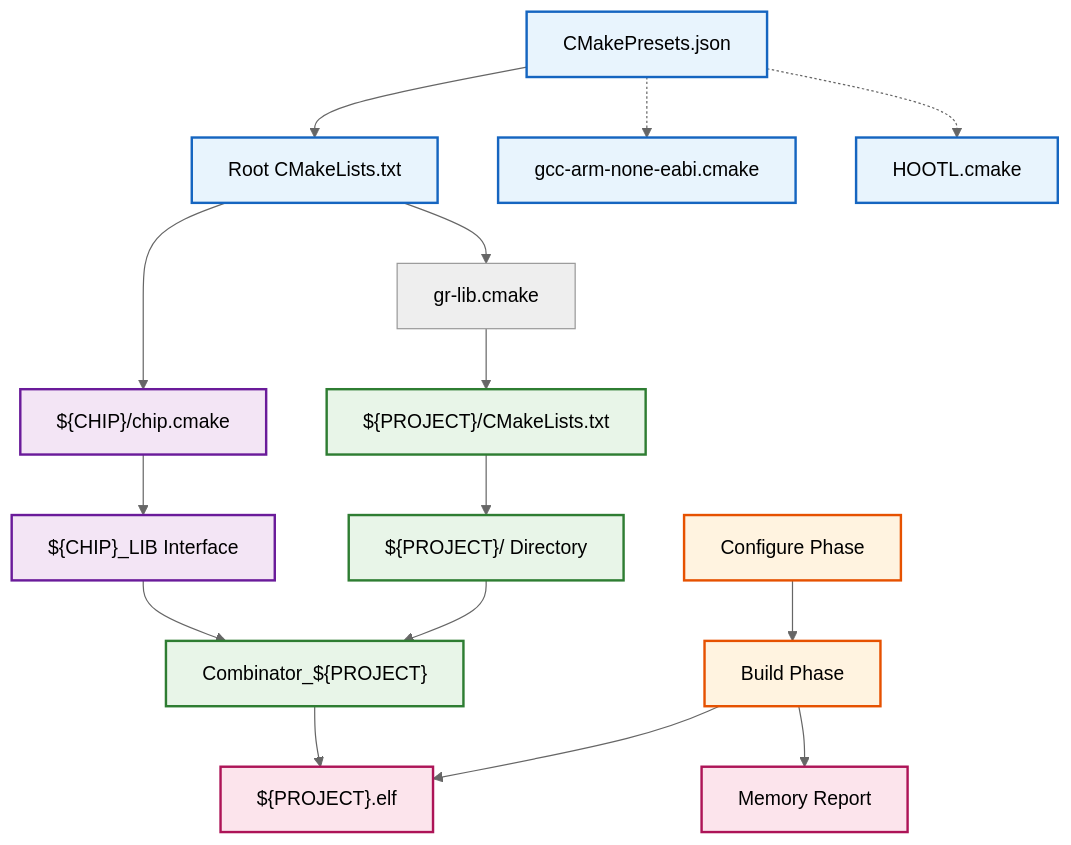
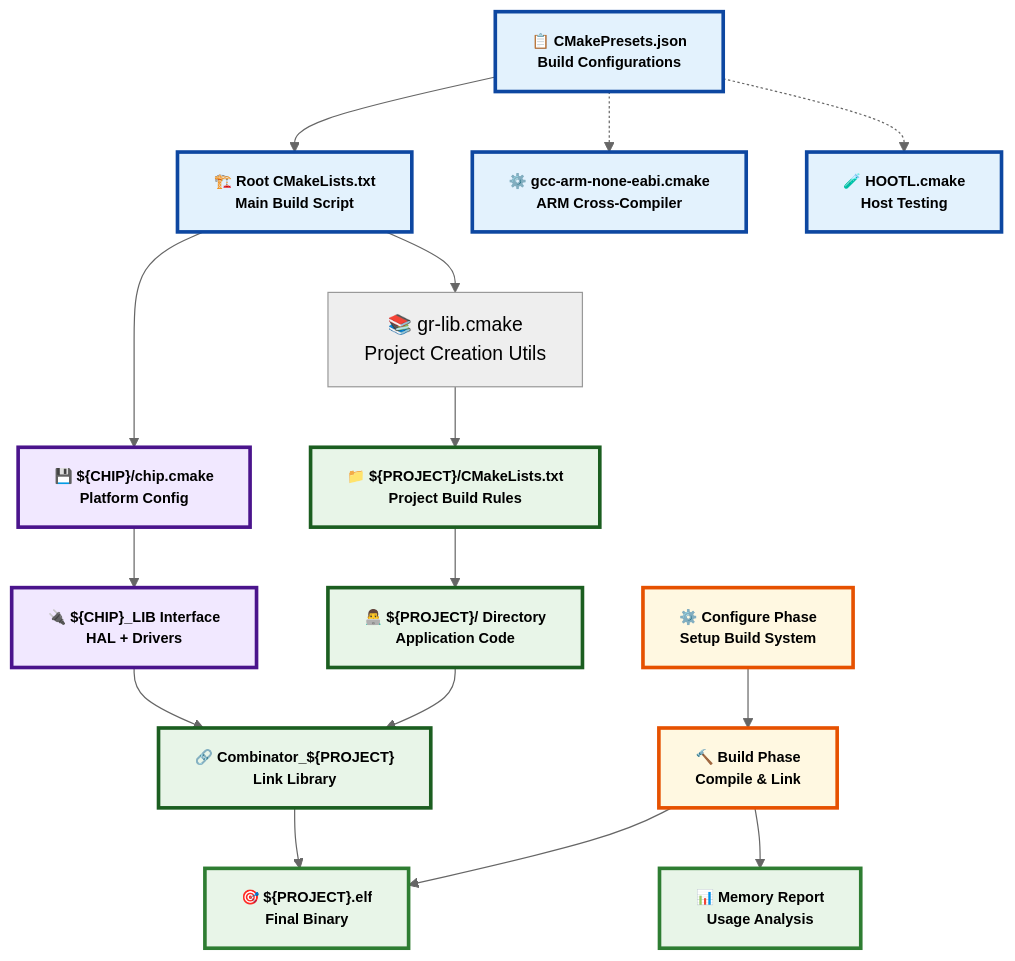
The diagram in CMAKE.md (Gaucho-Racing/Firmware), drawn with Mermaid (neutral theme) before and after one commit. The commit also changed other lines of this file, not shown here.

Commit message:
Eigth iteration of CMAKE.md

````diff
--- a/CMAKE.md
+++ b/CMAKE.md
@@ -44,41 +44,41 @@
 ```mermaid
 flowchart TD
     %% Configuration Layer
-    Presets["CMakePresets.json"] --> Root["Root CMakeLists.txt"]
-    Presets -.-> Toolchain1["gcc-arm-none-eabi.cmake"]
-    Presets -.-> Toolchain2["HOOTL.cmake"]
+    Presets["📋 CMakePresets.json<br/>Build Configurations"] --> Root["🏗️ Root CMakeLists.txt<br/>Main Build Script"]
+    Presets -.-> Toolchain1["⚙️ gcc-arm-none-eabi.cmake<br/>ARM Cross-Compiler"]
+    Presets -.-> Toolchain2["🧪 HOOTL.cmake<br/>Host Testing"]
     
     %% Core Flow
-    Root --> GRLib["gr-lib.cmake"]
-    Root --> ChipConfig["${CHIP}/chip.cmake"]
+    Root --> GRLib["📚 gr-lib.cmake<br/>Project Creation Utils"]
+    Root --> ChipConfig["💾 ${CHIP}/chip.cmake<br/>Platform Config"]
     
     %% Platform & Project
-    GRLib --> ProjectCMake["${PROJECT}/CMakeLists.txt"]
-    ChipConfig --> PlatformLib["${CHIP}_LIB Interface"]
+    GRLib --> ProjectCMake["📁 ${PROJECT}/CMakeLists.txt<br/>Project Build Rules"]
+    ChipConfig --> PlatformLib["🔌 ${CHIP}_LIB Interface<br/>HAL + Drivers"]
     
     %% Linking
-    ProjectCMake --> UserCode["${PROJECT}/ Directory"]
-    PlatformLib --> Combinator["Combinator_${PROJECT}"]
+    ProjectCMake --> UserCode["👨‍💻 ${PROJECT}/ Directory<br/>Application Code"]
+    PlatformLib --> Combinator["🔗 Combinator_${PROJECT}<br/>Link Library"]
     UserCode --> Combinator
     
     %% Output
-    Combinator --> Executable["${PROJECT}.elf"]
+    Combinator --> Executable["🎯 ${PROJECT}.elf<br/>Final Binary"]
     
     %% Build Process
-    Configure["Configure Phase"] --> Build["Build Phase"]
-    Build --> Memory["Memory Report"]
+    Configure["⚙️ Configure Phase<br/>Setup Build System"] --> Build["🔨 Build Phase<br/>Compile & Link"]
+    Build --> Memory["📊 Memory Report<br/>Usage Analysis"]
     Build --> Executable
     
-    %% Styling
-    classDef config fill:#E8F4FD,stroke:#1565C0,stroke-width:2px,color:#000000
-    classDef platform fill:#F3E5F5,stroke:#6A1B9A,stroke-width:2px,color:#000000
-    classDef project fill:#E8F5E8,stroke:#2E7D32,stroke-width:2px,color:#000000
-    classDef build fill:#FFF3E0,stroke:#E65100,stroke-width:2px,color:#000000
-    classDef output fill:#FCE4EC,stroke:#AD1457,stroke-width:2px,color:#000000
+    %% Enhanced Styling with better contrast and readability
+    classDef config fill:#E3F2FD,stroke:#0D47A1,stroke-width:3px,color:#000000,font-weight:bold,font-size:12px
+    classDef platform fill:#F1E8FF,stroke:#4A148C,stroke-width:3px,color:#000000,font-weight:bold,font-size:12px
+    classDef project fill:#E8F5E8,stroke:#1B5E20,stroke-width:3px,color:#000000,font-weight:bold,font-size:12px
+    classDef build fill:#FFF8E1,stroke:#E65100,stroke-width:3px,color:#000000,font-weight:bold,font-size:12px
+    classDef output fill:#E8F5E8,stroke:#2E7D32,stroke-width:3px,color:#000000,font-weight:bold,font-size:12px
     
     class Presets,Root,Toolchain1,Toolchain2 config
     class ChipConfig,PlatformLib platform
     class ProjectCMake,UserCode,Combinator project
     class Configure,Build build
     class Executable,Memory output
 ```
````
